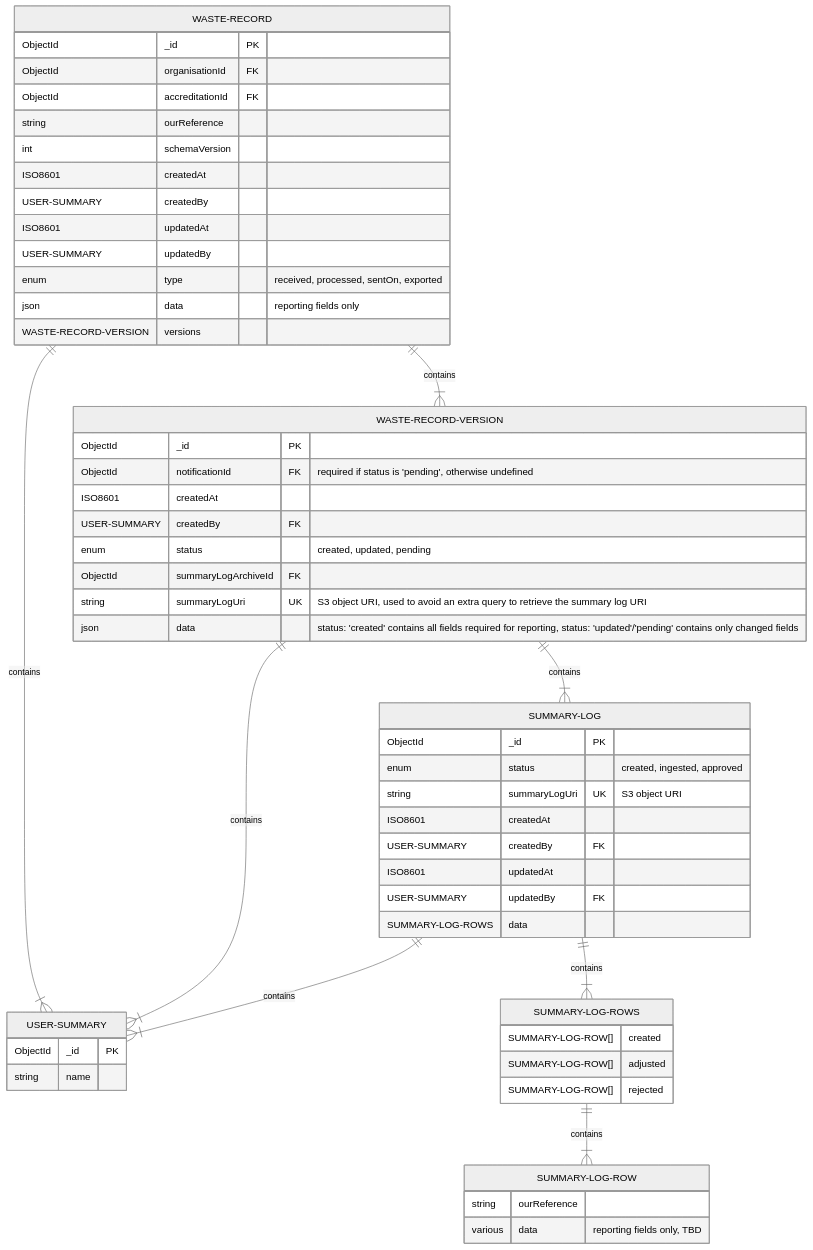
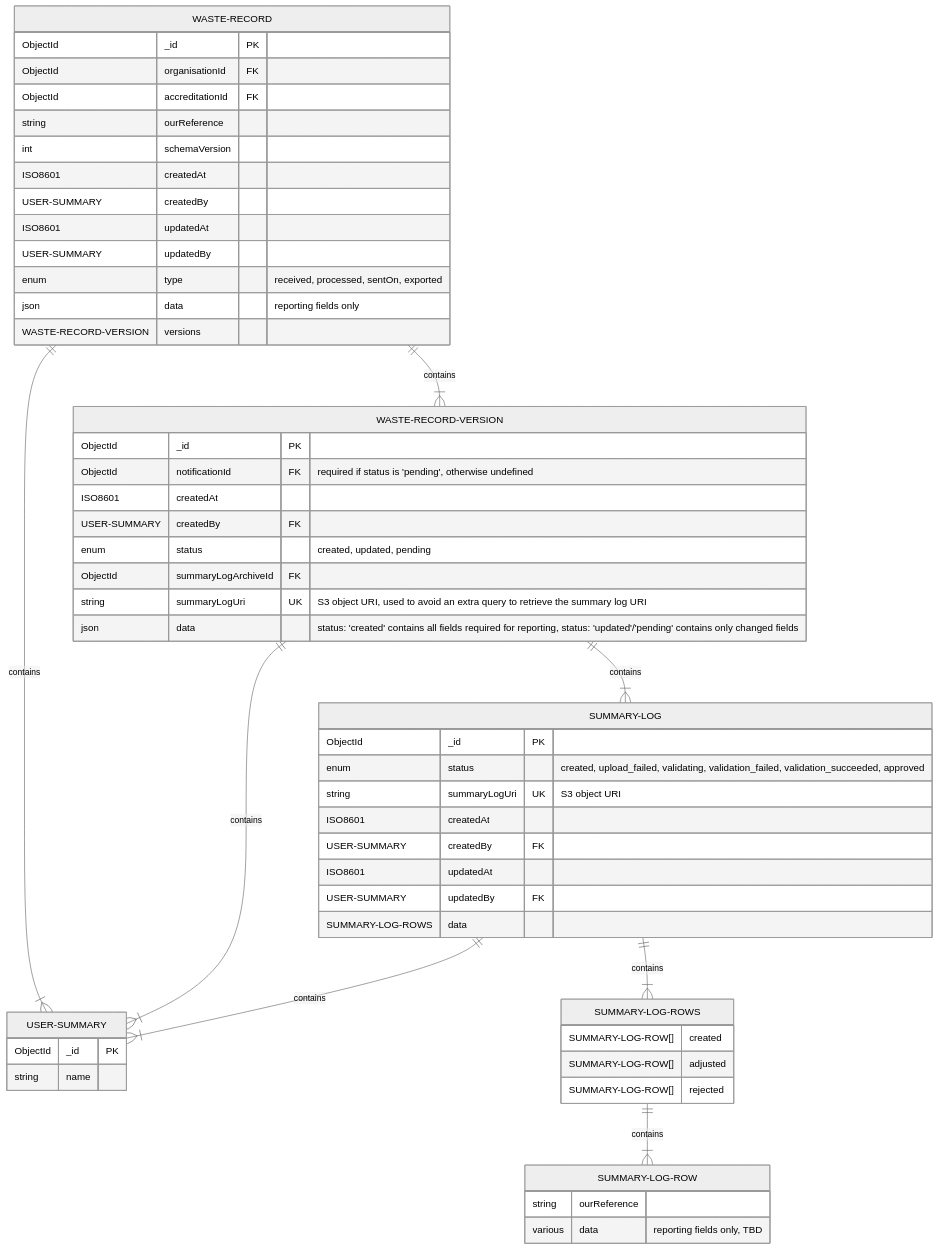
Before and after one commit to DEFRA/epr-backend: the first of 3 diagrams in docs/architecture/discovery/pepr-lld.md, drawn with Mermaid (neutral theme). The commit also changed other lines of this file and 1 other file, not shown here.

````diff
--- a/docs/architecture/discovery/pepr-lld.md
+++ b/docs/architecture/discovery/pepr-lld.md
@@ -309,63 +309,63 @@
 ```mermaid
 erDiagram
   WASTE-RECORD {
     ObjectId _id PK
     ObjectId organisationId FK
     ObjectId accreditationId FK
     string ourReference
     int schemaVersion
     ISO8601 createdAt
     USER-SUMMARY createdBy
     ISO8601 updatedAt
     USER-SUMMARY updatedBy
     enum type "received, processed, sentOn, exported"
     json data "reporting fields only"
     WASTE-RECORD-VERSION versions
   }
 
   WASTE-RECORD-VERSION {
     ObjectId _id PK
     ObjectId notificationId FK "required if status is 'pending', otherwise undefined"
     ISO8601 createdAt
     USER-SUMMARY createdBy FK
     enum status "created, updated, pending"
     ObjectId summaryLogArchiveId FK
     string summaryLogUri UK "S3 object URI, used to avoid an extra query to retrieve the summary log URI"
     json data "status: 'created' contains all fields required for reporting, status: 'updated'/'pending' contains only changed fields"
   }
 
   USER-SUMMARY {
     ObjectId _id PK
     string name
   }
 
   SUMMARY-LOG {
     ObjectId _id PK
-    enum status "created, ingested, approved"
+    enum status "created, upload_failed, validating, validation_failed, validation_succeeded, approved"
     string summaryLogUri UK "S3 object URI"
     ISO8601 createdAt
     USER-SUMMARY createdBy FK
     ISO8601 updatedAt
     USER-SUMMARY updatedBy FK
     SUMMARY-LOG-ROWS data
   }
 
   SUMMARY-LOG-ROWS {
     SUMMARY-LOG-ROW[] created
     SUMMARY-LOG-ROW[] adjusted
     SUMMARY-LOG-ROW[] rejected
   }
 
   SUMMARY-LOG-ROW {
     string ourReference
     various data "reporting fields only, TBD"
   }
 
   WASTE-RECORD ||--|{ WASTE-RECORD-VERSION : contains
   WASTE-RECORD ||--|{ USER-SUMMARY : contains
   WASTE-RECORD-VERSION ||--|{ USER-SUMMARY : contains
   WASTE-RECORD-VERSION ||--|{ SUMMARY-LOG : contains
   SUMMARY-LOG ||--|{ USER-SUMMARY : contains
   SUMMARY-LOG ||--|{ SUMMARY-LOG-ROWS : contains
   SUMMARY-LOG-ROWS ||--|{ SUMMARY-LOG-ROW : contains
 ```
````
